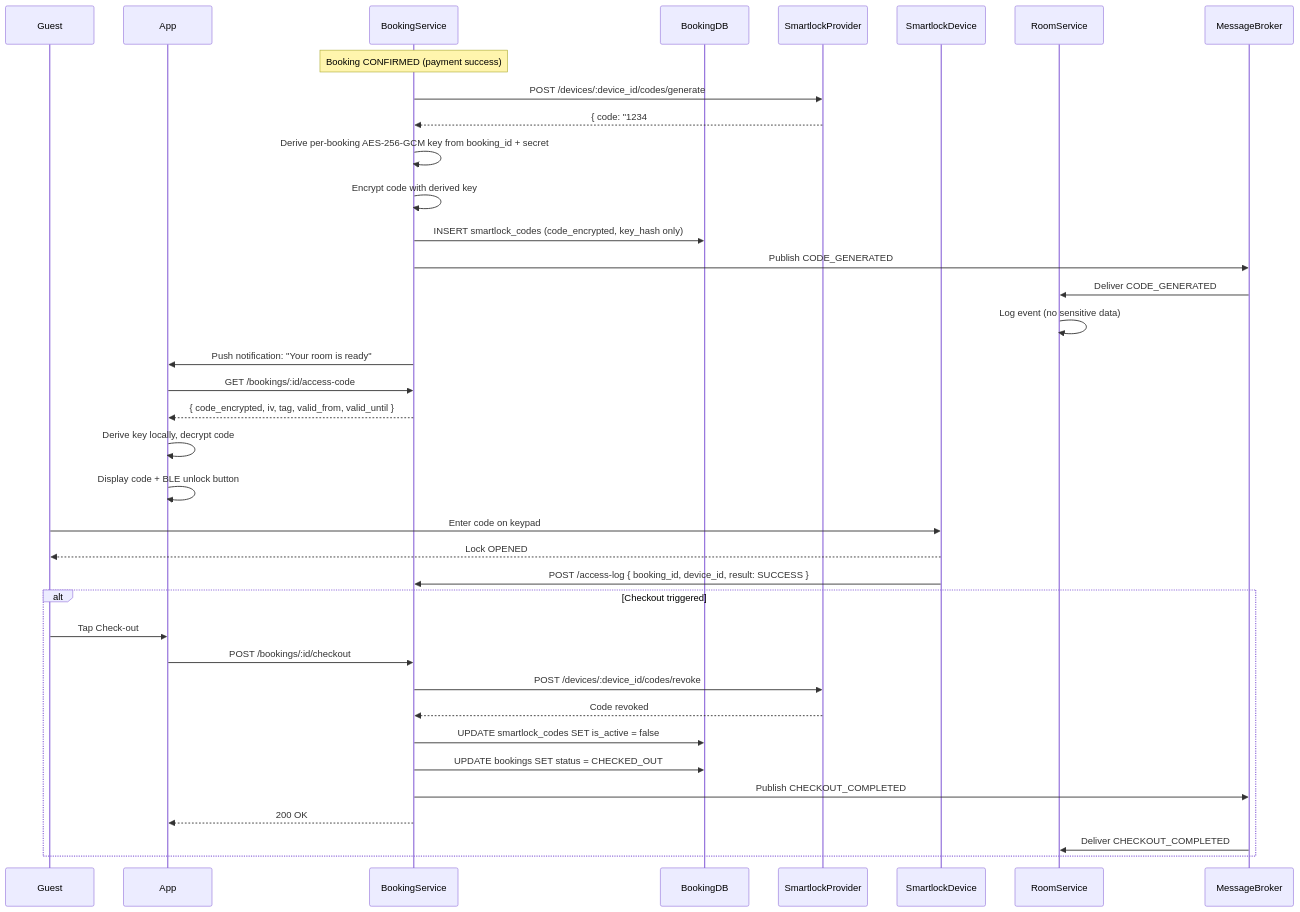
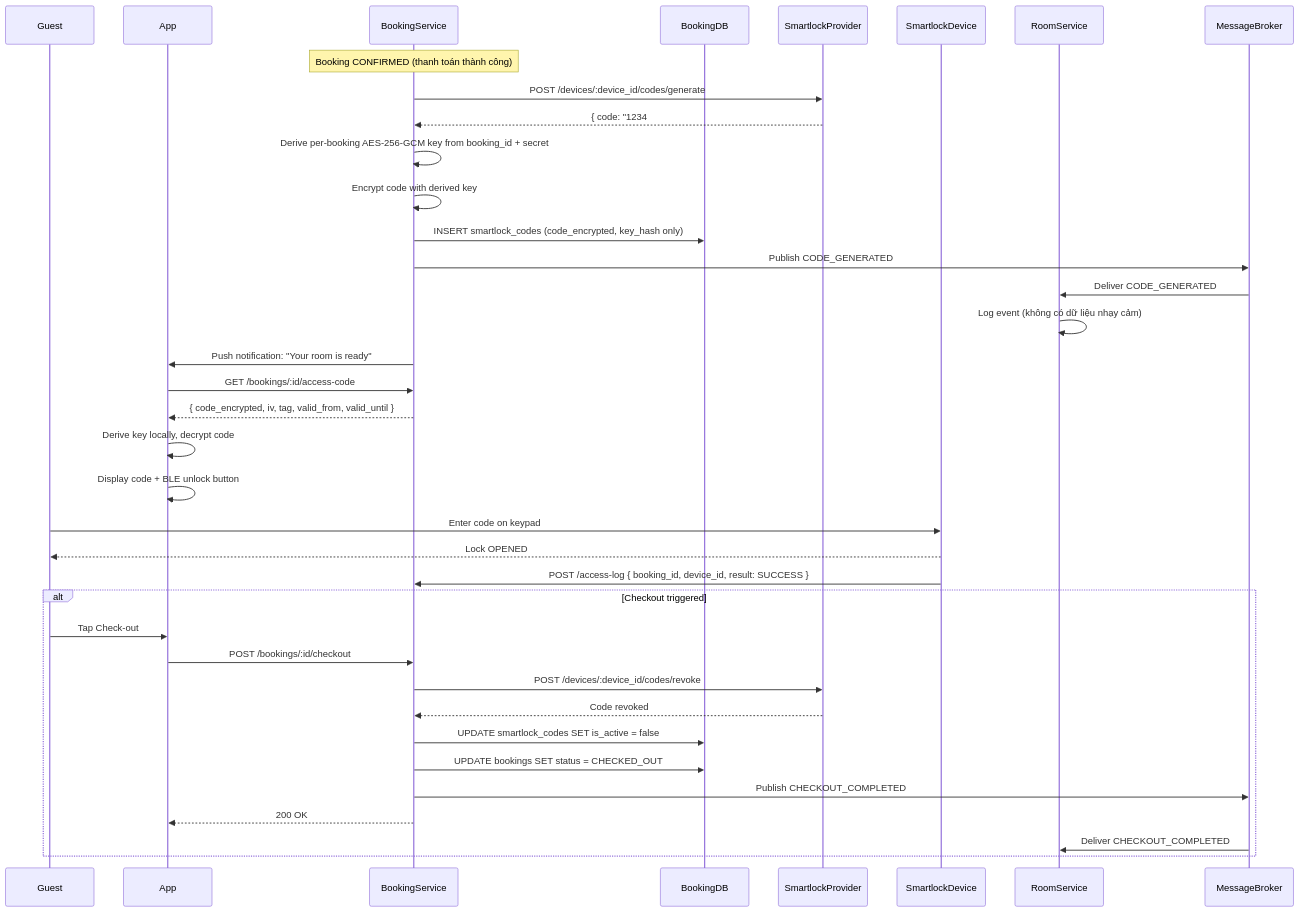
One commit to PhamVietHoangFPT/databaseHomi changed the first of 8 diagrams in AutoCheckinFlow.md. Above: the diagram before and after it, drawn with Mermaid. The commit also changed other lines of this file and 3 other files, not shown here.

````diff
--- a/AutoCheckinFlow.md
+++ b/AutoCheckinFlow.md
@@ -22,45 +22,45 @@
 ```mermaid
 sequenceDiagram
     participant Guest
     participant App
     participant BookingService
     participant BookingDB
     participant SmartlockProvider
     participant SmartlockDevice
     participant RoomService
     participant MessageBroker
 
-    Note over BookingService: Booking CONFIRMED (payment success)
+    Note over BookingService: Booking CONFIRMED (thanh toán thành công)
 
     BookingService->>SmartlockProvider: POST /devices/:device_id/codes/generate
     SmartlockProvider-->>BookingService: { code: "1234#5678", expires_at: "..." }
     BookingService->>BookingService: Derive per-booking AES-256-GCM key from booking_id + secret
     BookingService->>BookingService: Encrypt code with derived key
     BookingService->>BookingDB: INSERT smartlock_codes (code_encrypted, key_hash only)
     BookingService->>MessageBroker: Publish CODE_GENERATED
 
     MessageBroker->>RoomService: Deliver CODE_GENERATED
-    RoomService->>RoomService: Log event (no sensitive data)
+    RoomService->>RoomService: Log event (không có dữ liệu nhạy cảm)
 
     BookingService->>App: Push notification: "Your room is ready"
     App->>BookingService: GET /bookings/:id/access-code
     BookingService-->>App: { code_encrypted, iv, tag, valid_from, valid_until }
     App->>App: Derive key locally, decrypt code
     App->>App: Display code + BLE unlock button
 
     Guest->>SmartlockDevice: Enter code on keypad
     SmartlockDevice-->>Guest: Lock OPENED
     SmartlockDevice->>BookingService: POST /access-log { booking_id, device_id, result: SUCCESS }
 
     alt Checkout triggered
         Guest->>App: Tap Check-out
         App->>BookingService: POST /bookings/:id/checkout
         BookingService->>SmartlockProvider: POST /devices/:device_id/codes/revoke
         SmartlockProvider-->>BookingService: Code revoked
         BookingService->>BookingDB: UPDATE smartlock_codes SET is_active = false
         BookingService->>BookingDB: UPDATE bookings SET status = CHECKED_OUT
         BookingService->>MessageBroker: Publish CHECKOUT_COMPLETED
         BookingService-->>App: 200 OK
         MessageBroker->>RoomService: Deliver CHECKOUT_COMPLETED
     end
 ```
````
